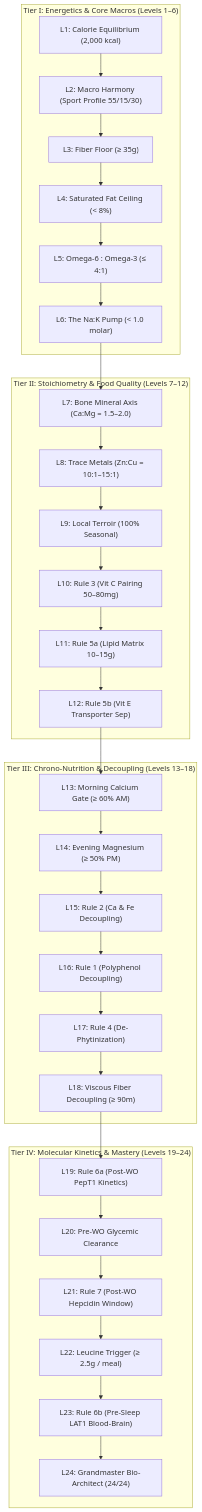
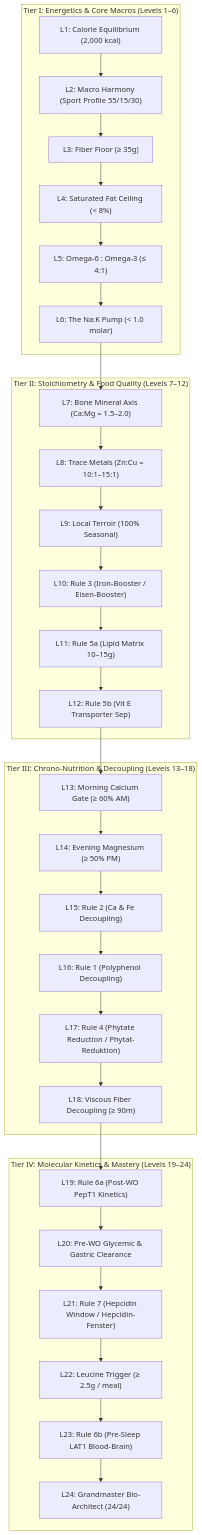
The diagram in LEVEL_GUIDE.md (mesw/QtSpeis), drawn with Mermaid before and after one commit. The commit also changed other lines of this file and 24 other files, not shown here.

````diff
--- a/LEVEL_GUIDE.md
+++ b/LEVEL_GUIDE.md
@@ -64,37 +64,37 @@
 ```mermaid
 flowchart TD
     subgraph T1["Tier I: Energetics & Core Macros (Levels 1–6)"]
         L1["L1: Calorie Equilibrium (2,000 kcal)"] --> L2["L2: Macro Harmony (Sport Profile 55/15/30)"]
         L2 --> L3["L3: Fiber Floor (≥ 35g)"]
         L3 --> L4["L4: Saturated Fat Ceiling (< 8%)"]
         L4 --> L5["L5: Omega-6 : Omega-3 (≤ 4:1)"]
         L5 --> L6["L6: The Na:K Pump (< 1.0 molar)"]
     end
 
     subgraph T2["Tier II: Stoichiometry & Food Quality (Levels 7–12)"]
         L6 --> L7["L7: Bone Mineral Axis (Ca:Mg = 1.5–2.0)"]
         L7 --> L8["L8: Trace Metals (Zn:Cu = 10:1–15:1)"]
         L8 --> L9["L9: Local Terroir (100% Seasonal)"]
-        L9 --> L10["L10: Rule 3 (Vit C Pairing 50–80mg)"]
+        L9 --> L10["L10: Rule 3 (Iron-Booster / Eisen-Booster)"]
         L10 --> L11["L11: Rule 5a (Lipid Matrix 10–15g)"]
         L11 --> L12["L12: Rule 5b (Vit E Transporter Sep)"]
     end
 
     subgraph T3["Tier III: Chrono-Nutrition & Decoupling (Levels 13–18)"]
         L12 --> L13["L13: Morning Calcium Gate (≥ 60% AM)"]
         L13 --> L14["L14: Evening Magnesium (≥ 50% PM)"]
         L14 --> L15["L15: Rule 2 (Ca & Fe Decoupling)"]
         L15 --> L16["L16: Rule 1 (Polyphenol Decoupling)"]
-        L16 --> L17["L17: Rule 4 (De-Phytinization)"]
+        L16 --> L17["L17: Rule 4 (Phytate Reduction / Phytat-Reduktion)"]
         L17 --> L18["L18: Viscous Fiber Decoupling (≥ 90m)"]
     end
 
     subgraph T4["Tier IV: Molecular Kinetics & Mastery (Levels 19–24)"]
         L18 --> L19["L19: Rule 6a (Post-WO PepT1 Kinetics)"]
-        L19 --> L20["L20: Pre-WO Glycemic Clearance"]
-        L20 --> L21["L21: Rule 7 (Post-WO Hepcidin Window)"]
+        L19 --> L20["L20: Pre-WO Glycemic & Gastric Clearance"]
+        L20 --> L21["L21: Rule 7 (Hepcidin Window / Hepcidin-Fenster)"]
         L21 --> L22["L22: Leucine Trigger (≥ 2.5g / meal)"]
         L22 --> L23["L23: Rule 6b (Pre-Sleep LAT1 Blood-Brain)"]
         L23 --> L24["L24: Grandmaster Bio-Architect (24/24)"]
     end
 ```
````
